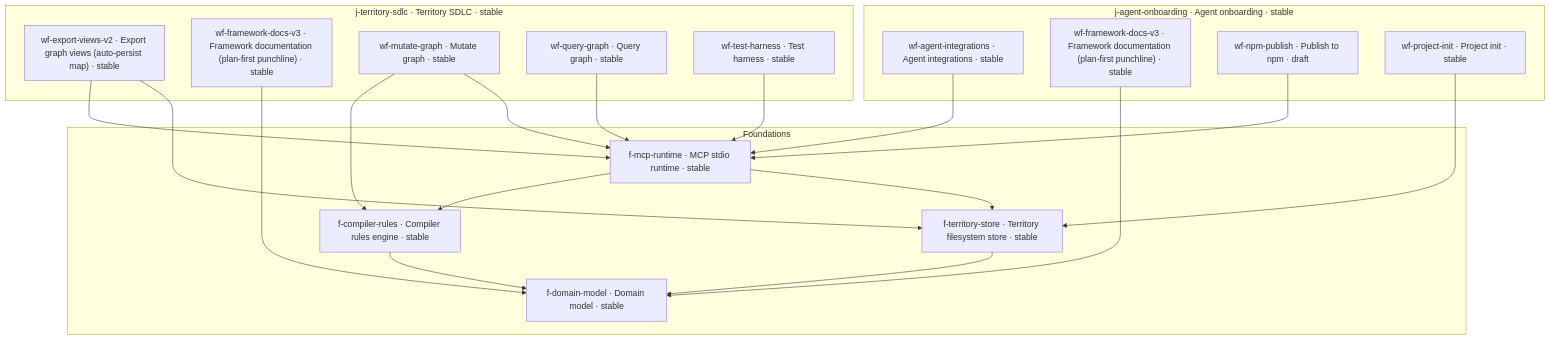
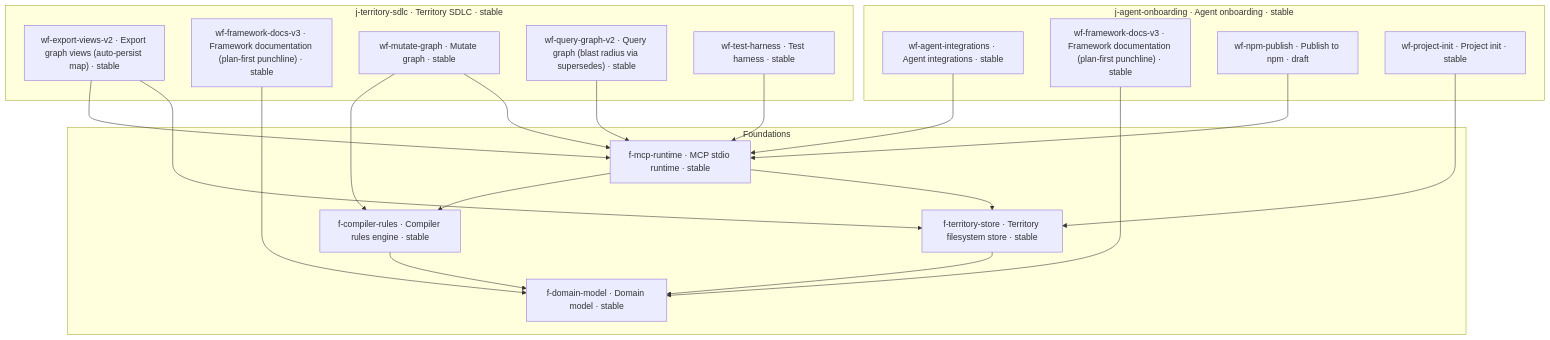
One commit to nbiro/mindplan changed the diagram in mindplan/map.md. Above: the diagram before and after it, drawn with Mermaid. The commit also changed 19 other files, not shown here.

````diff
--- a/mindplan/map.md
+++ b/mindplan/map.md
@@ -5,37 +5,37 @@
 ```mermaid
 flowchart TB
   subgraph foundations["Foundations"]
     f_compiler_rules["f-compiler-rules · Compiler rules engine · stable"]
     f_domain_model["f-domain-model · Domain model · stable"]
     f_mcp_runtime["f-mcp-runtime · MCP stdio runtime · stable"]
     f_territory_store["f-territory-store · Territory filesystem store · stable"]
   end
   subgraph journey_j_agent_onboarding["j-agent-onboarding · Agent onboarding · stable"]
     wf_agent_integrations__in__j_agent_onboarding["wf-agent-integrations · Agent integrations · stable"]
     wf_framework_docs_v3__in__j_agent_onboarding["wf-framework-docs-v3 · Framework documentation (plan-first punchline) · stable"]
     wf_npm_publish__in__j_agent_onboarding["wf-npm-publish · Publish to npm · draft"]
     wf_project_init__in__j_agent_onboarding["wf-project-init · Project init · stable"]
   end
   subgraph journey_j_territory_sdlc["j-territory-sdlc · Territory SDLC · stable"]
     wf_export_views_v2__in__j_territory_sdlc["wf-export-views-v2 · Export graph views (auto-persist map) · stable"]
     wf_framework_docs_v3__in__j_territory_sdlc["wf-framework-docs-v3 · Framework documentation (plan-first punchline) · stable"]
     wf_mutate_graph__in__j_territory_sdlc["wf-mutate-graph · Mutate graph · stable"]
-    wf_query_graph__in__j_territory_sdlc["wf-query-graph · Query graph · stable"]
+    wf_query_graph_v2__in__j_territory_sdlc["wf-query-graph-v2 · Query graph (blast radius via supersedes) · stable"]
     wf_test_harness__in__j_territory_sdlc["wf-test-harness · Test harness · stable"]
   end
   f_compiler_rules --> f_domain_model
   f_mcp_runtime --> f_compiler_rules
   f_mcp_runtime --> f_territory_store
   f_territory_store --> f_domain_model
   wf_agent_integrations__in__j_agent_onboarding --> f_mcp_runtime
   wf_export_views_v2__in__j_territory_sdlc --> f_mcp_runtime
   wf_export_views_v2__in__j_territory_sdlc --> f_territory_store
   wf_framework_docs_v3__in__j_agent_onboarding --> f_domain_model
   wf_framework_docs_v3__in__j_territory_sdlc --> f_domain_model
   wf_mutate_graph__in__j_territory_sdlc --> f_compiler_rules
   wf_mutate_graph__in__j_territory_sdlc --> f_mcp_runtime
   wf_npm_publish__in__j_agent_onboarding --> f_mcp_runtime
   wf_project_init__in__j_agent_onboarding --> f_territory_store
-  wf_query_graph__in__j_territory_sdlc --> f_mcp_runtime
+  wf_query_graph_v2__in__j_territory_sdlc --> f_mcp_runtime
   wf_test_harness__in__j_territory_sdlc --> f_mcp_runtime
 ```
````
